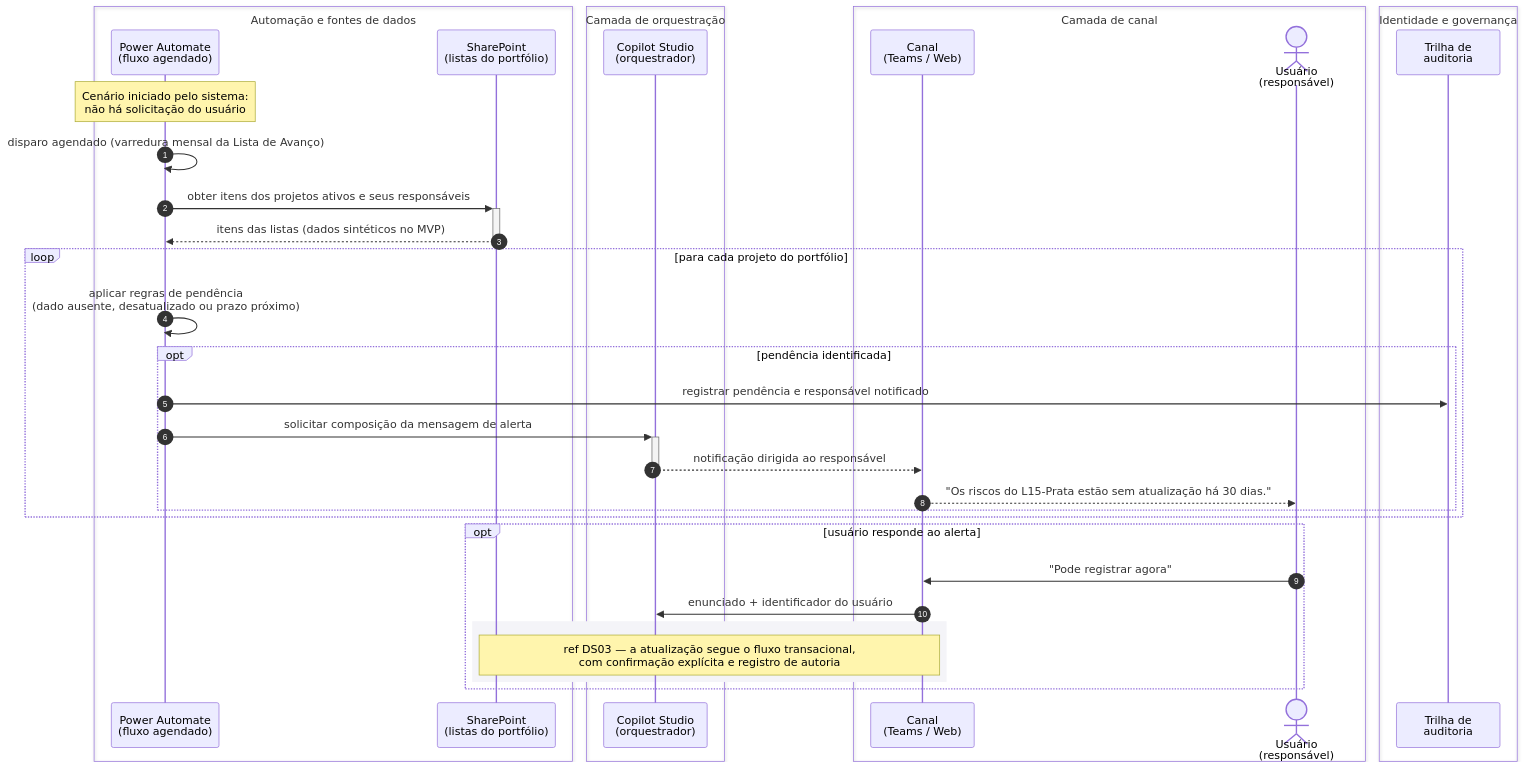
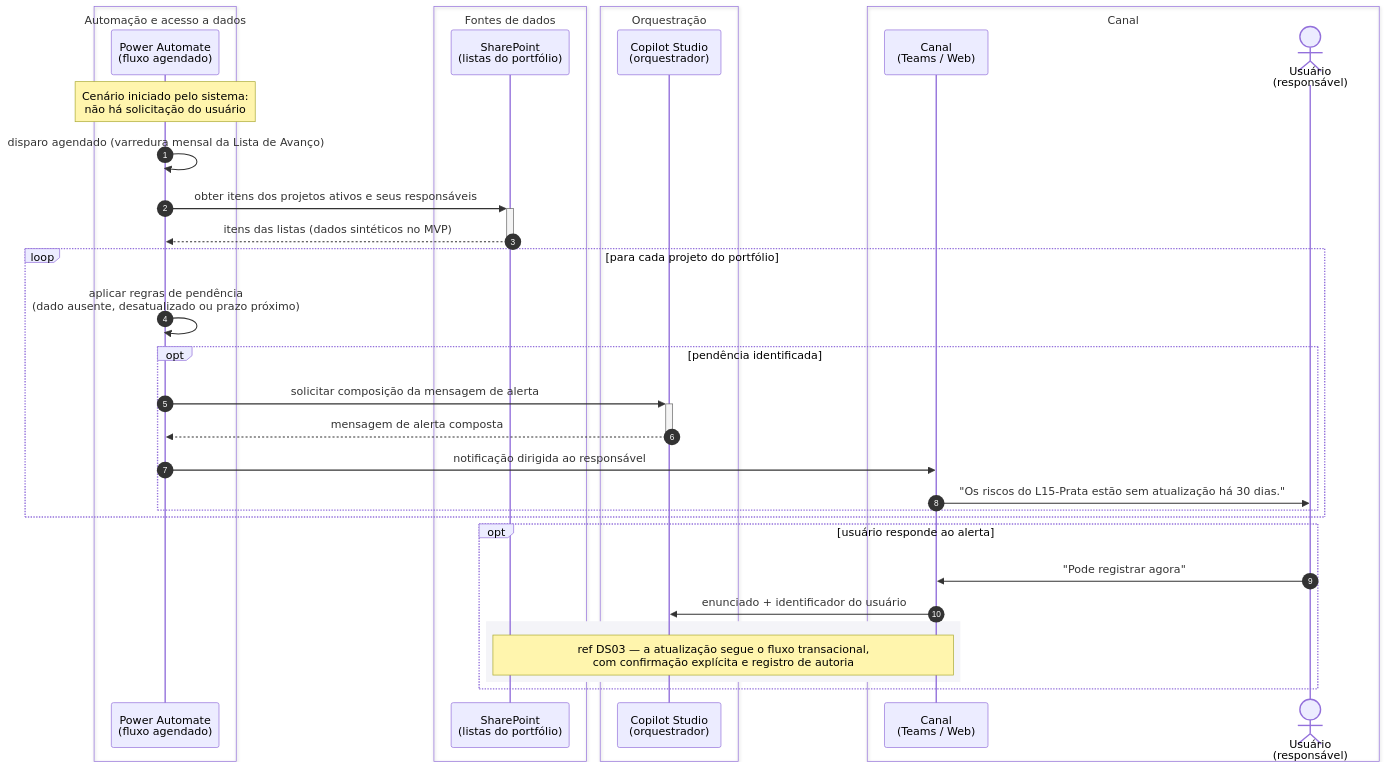
The fifth of 6 diagrams in documentos/Projeto.md (Kdu07/agente-ia-portfolio-metro), drawn with Mermaid before and after one commit. The commit also changed other lines of this file, not shown here.

Commit message:
docs: revisar diagramas de sequência e alinhar às demais vistas (#24)

````diff
--- a/documentos/Projeto.md
+++ b/documentos/Projeto.md
@@ -1981,41 +2008,40 @@
 ```mermaid
 sequenceDiagram
     autonumber
-    box transparent Automação e fontes de dados
+    box transparent Automação e acesso a dados
         participant PA as Power Automate<br/>(fluxo agendado)
+    end
+    box transparent Fontes de dados
         participant SP as SharePoint<br/>(listas do portfólio)
     end
-    box transparent Camada de orquestração
+    box transparent Orquestração
         participant CS as Copilot Studio<br/>(orquestrador)
     end
-    box transparent Camada de canal
+    box transparent Canal
         participant CH as Canal<br/>(Teams / Web)
         actor U as Usuário<br/>(responsável)
-    end
-    box transparent Identidade e governança
-        participant LOG as Trilha de<br/>auditoria
     end
 
     Note over PA: Cenário iniciado pelo sistema:<br/>não há solicitação do usuário
     PA->>PA: disparo agendado (varredura mensal da Lista de Avanço)
     PA->>+SP: obter itens dos projetos ativos e seus responsáveis
     SP-->>-PA: itens das listas (dados sintéticos no MVP)
 
     loop para cada projeto do portfólio
         PA->>PA: aplicar regras de pendência<br/>(dado ausente, desatualizado ou prazo próximo)
         opt pendência identificada
-            PA->>LOG: registrar pendência e responsável notificado
             PA->>+CS: solicitar composição da mensagem de alerta
-            CS-->>-CH: notificação dirigida ao responsável
-            CH-->>U: "Os riscos do L15-Prata estão sem atualização há 30 dias."
+            CS-->>-PA: mensagem de alerta composta
+            PA->>CH: notificação dirigida ao responsável
+            CH->>U: "Os riscos do L15-Prata estão sem atualização há 30 dias."
         end
     end
 
     opt usuário responde ao alerta
         U->>CH: "Pode registrar agora"
         CH->>CS: enunciado + identificador do usuário
         rect rgb(244, 244, 248)
             Note over CH,SP: ref DS03 — a atualização segue o fluxo transacional,<br/>com confirmação explícita e registro de autoria
         end
     end
 ```
````
